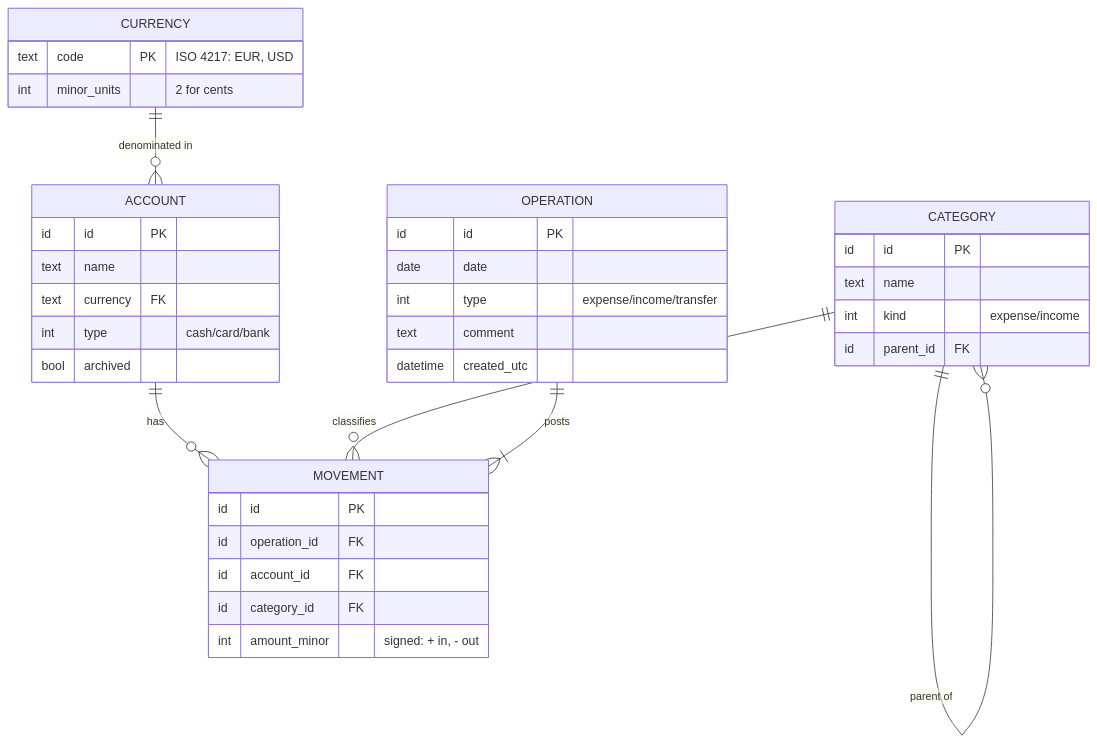
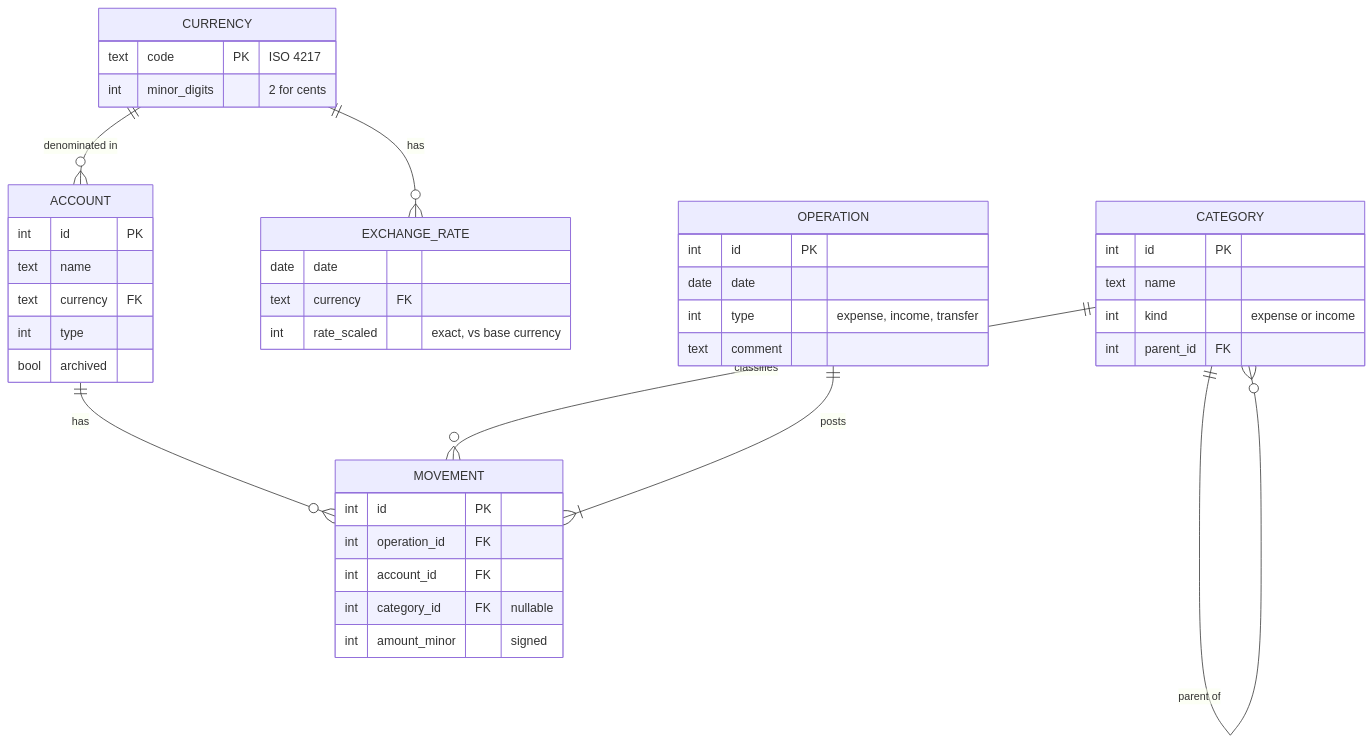
The second of 2 diagrams in docs/PROJECT_PLAN.md (RomantsovS/MyMoneyCPP), drawn with Mermaid before and after one commit. The commit also changed other lines of this file and 6 other files, not shown here.

````diff
--- a/docs/PROJECT_PLAN.md
+++ b/docs/PROJECT_PLAN.md
@@ -172,14 +178,16 @@
 ```mermaid
 erDiagram
-    CURRENCY ||--o{ ACCOUNT : "denominated in"
-    ACCOUNT  ||--o{ MOVEMENT : "has"
-    CATEGORY ||--o{ MOVEMENT : "classifies"
-    CATEGORY ||--o{ CATEGORY : "parent of"
-    OPERATION ||--|{ MOVEMENT : "posts"
+    CURRENCY  ||--o{ ACCOUNT       : "denominated in"
+    CURRENCY  ||--o{ EXCHANGE_RATE : "has"
+    ACCOUNT   ||--o{ MOVEMENT      : "has"
+    CATEGORY  ||--o{ MOVEMENT      : "classifies"
+    CATEGORY  ||--o{ CATEGORY      : "parent of"
+    OPERATION ||--|{ MOVEMENT      : "posts"
 
-    CURRENCY  { text code PK "ISO 4217: EUR, USD" int minor_units "2 for cents" }
-    ACCOUNT   { id id PK  text name  text currency FK  int type "cash/card/bank"  bool archived }
-    CATEGORY  { id id PK  text name  int kind "expense/income"  id parent_id FK }
-    OPERATION { id id PK  date date  int type "expense/income/transfer"  text comment  datetime created_utc }
-    MOVEMENT  { id id PK  id operation_id FK  id account_id FK  id category_id FK  int amount_minor "signed: + in, - out" }
+    CURRENCY      { text code PK "ISO 4217" int minor_digits "2 for cents" }
+    ACCOUNT       { int id PK  text name  text currency FK  int type  bool archived }
+    CATEGORY      { int id PK  text name  int kind "expense or income"  int parent_id FK }
+    OPERATION     { int id PK  date date  int type "expense, income, transfer"  text comment }
+    MOVEMENT      { int id PK  int operation_id FK  int account_id FK  int category_id FK "nullable"  int amount_minor "signed" }
+    EXCHANGE_RATE { date date  text currency FK  int rate_scaled "exact, vs base currency" }
 ```
````
